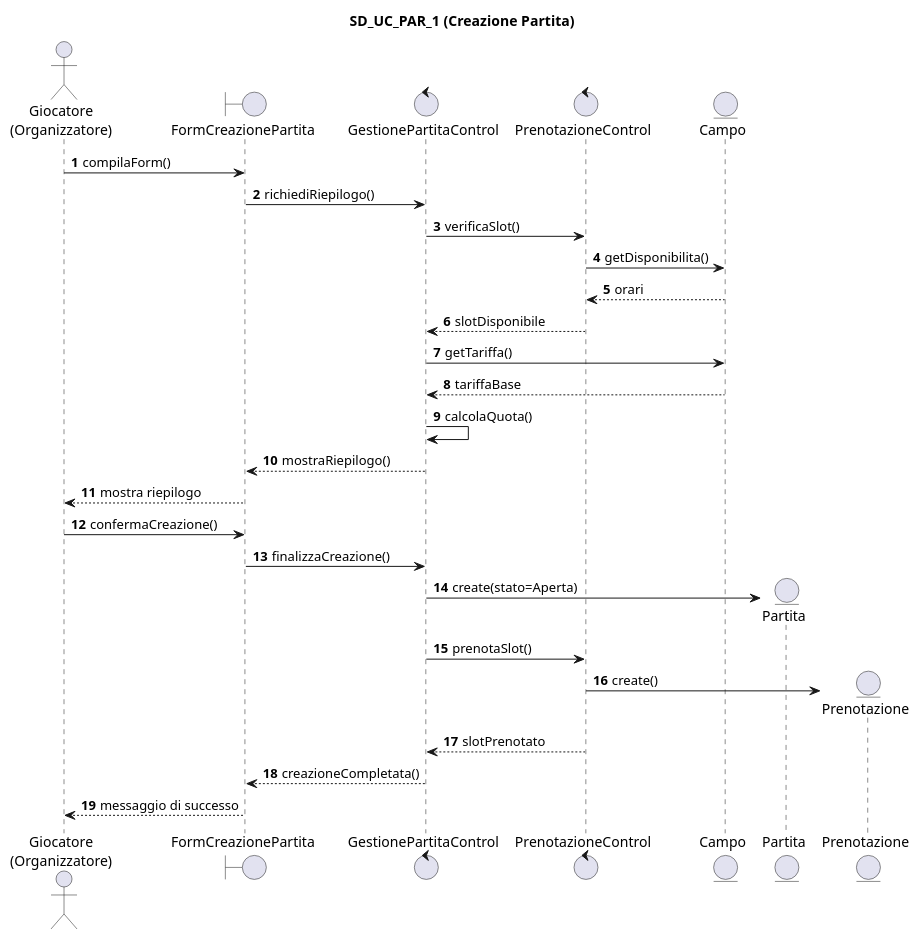
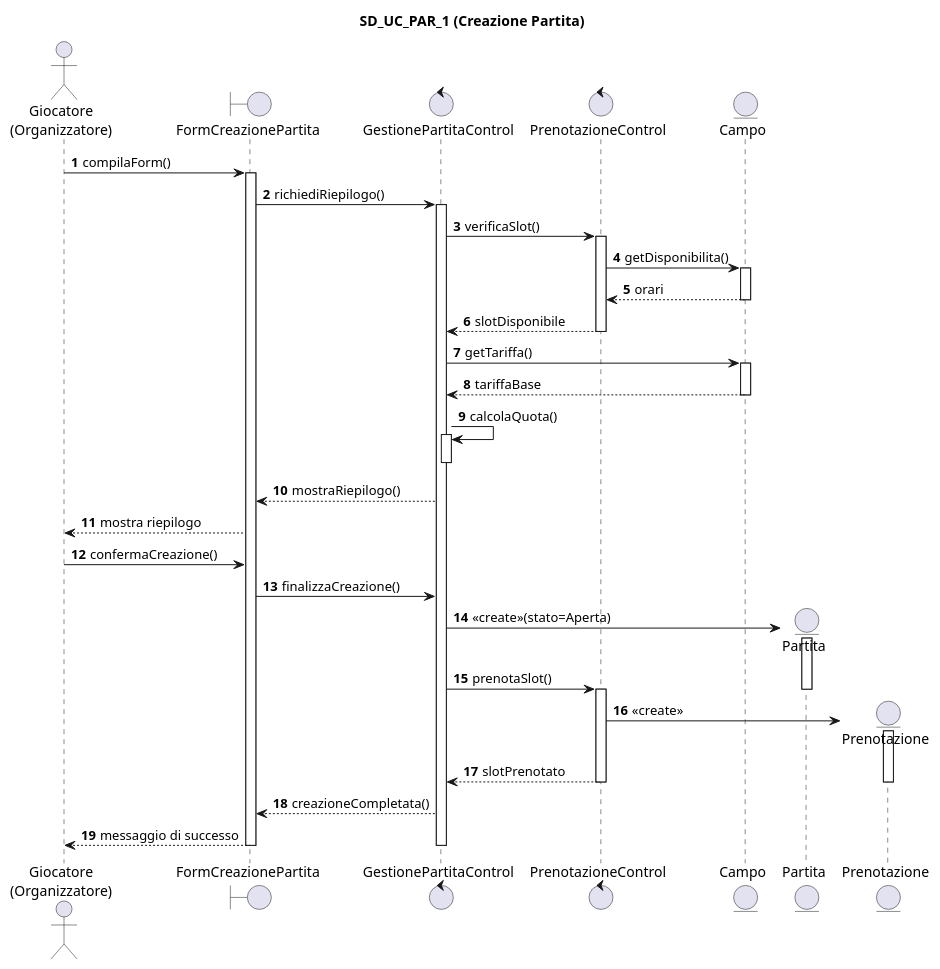
The diagram in docs/modelli/seq_creazione_partita.puml (UnisaKickly/kickly), drawn with PlantUML before and after one commit. The commit also changed other lines of this file and 2 other files, not shown here.

Commit message:
docs: KCK-206 correzione sequence diagram secondo la checklist RAD
SD_UC_ACC_1: control al terzo posto, Account e Giocatore in un solo oggetto
creato con <<create>>. SD_UC_PAG_1: le due Transazioni create al momento.
Box di attivazione in tutti e tre i diagrammi.

```diff
--- a/docs/modelli/seq_creazione_partita.puml
+++ b/docs/modelli/seq_creazione_partita.puml
@@ -6,36 +8,54 @@
 @startuml SD_UC_PAR_1
 title SD_UC_PAR_1 (Creazione Partita)
 autonumber
 skinparam sequenceMessageAlign left
 
 actor "Giocatore\n(Organizzatore)" as Giocatore
 boundary FormCreazionePartita
 control GestionePartitaControl
 control PrenotazioneControl
 entity Campo
 
 ' Raccolta dei parametri e calcolo del riepilogo (quota stimata)
 Giocatore -> FormCreazionePartita : compilaForm()
+activate FormCreazionePartita
 FormCreazionePartita -> GestionePartitaControl : richiediRiepilogo()
+activate GestionePartitaControl
 GestionePartitaControl -> PrenotazioneControl : verificaSlot()
+activate PrenotazioneControl
 PrenotazioneControl -> Campo : getDisponibilita()
+activate Campo
 Campo --> PrenotazioneControl : orari
+deactivate Campo
 PrenotazioneControl --> GestionePartitaControl : slotDisponibile
+deactivate PrenotazioneControl
 GestionePartitaControl -> Campo : getTariffa()
+activate Campo
 Campo --> GestionePartitaControl : tariffaBase
+deactivate Campo
 GestionePartitaControl -> GestionePartitaControl : calcolaQuota()
+activate GestionePartitaControl
+deactivate GestionePartitaControl
 GestionePartitaControl --> FormCreazionePartita : mostraRiepilogo()
 FormCreazionePartita --> Giocatore : mostra riepilogo
 
 ' Conferma: creazione della Partita (stato Aperta) e prenotazione dello slot
 Giocatore -> FormCreazionePartita : confermaCreazione()
 FormCreazionePartita -> GestionePartitaControl : finalizzaCreazione()
 create entity Partita
-GestionePartitaControl -> Partita : create(stato=Aperta)
+GestionePartitaControl -> Partita : <<create>>(stato=Aperta)
+activate Partita
 GestionePartitaControl -> PrenotazioneControl : prenotaSlot()
+deactivate Partita
+activate PrenotazioneControl
 create entity Prenotazione
-PrenotazioneControl -> Prenotazione : create()
+PrenotazioneControl -> Prenotazione : <<create>>
+activate Prenotazione
 PrenotazioneControl --> GestionePartitaControl : slotPrenotato
+deactivate Prenotazione
+deactivate PrenotazioneControl
 GestionePartitaControl --> FormCreazionePartita : creazioneCompletata()
 FormCreazionePartita --> Giocatore : messaggio di successo
+deactivate FormCreazionePartita
+deactivate GestionePartitaControl
 @enduml
```
